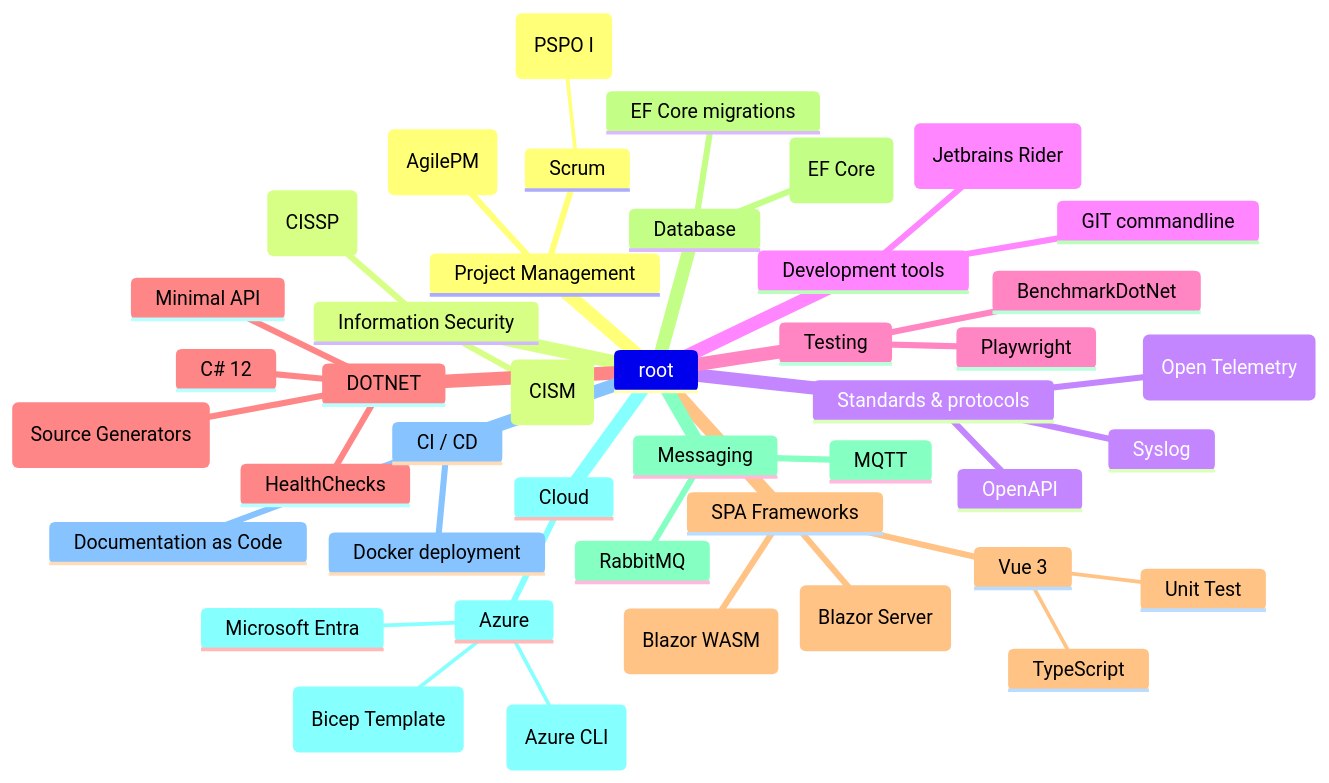
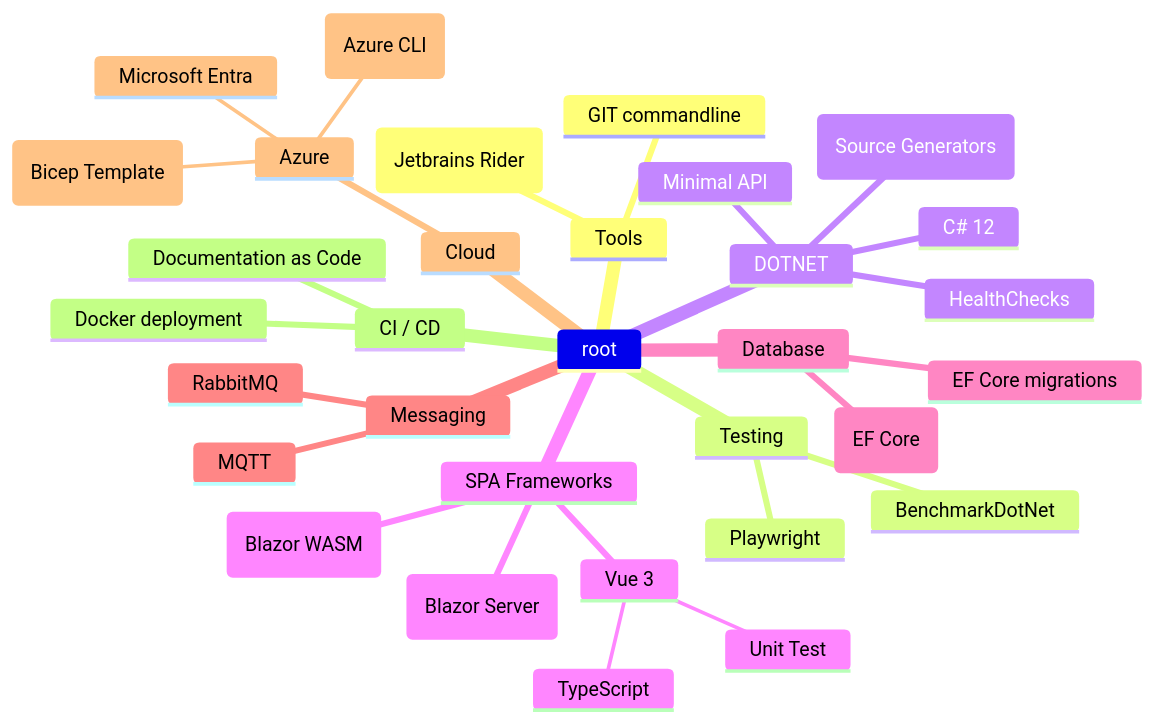
Before and after one commit to renevdhoek/renevdhoek: the second of 3 diagrams in README.md, drawn with Mermaid.

````diff
--- a/README.md
+++ b/README.md
@@ -13,46 +14,35 @@
 ```mermaid
 mindmap
-  root
-    Project Management
-        Scrum
-                (PSPO I)
-        (AgilePM)
-    Information Security
-        (CISM)
-        (CISSP)
-    Standards & protocols
-        Syslog
-        OpenAPI
-        (Open Telemetry)
-    Development tools      
+  root    
+    Tools      
         GIT commandline
         (Jetbrains Rider)
     Testing
       Playwright
       BenchmarkDotNet
     DOTNET
       C# 12
       HealthChecks
       (Source Generators)      
       Minimal API    
     SPA Frameworks
       Vue 3
         Unit Test
         TypeScript
       (Blazor Server)
       (Blazor WASM)
     Database
       EF Core migrations
       (EF Core)
     Messaging
       MQTT
       RabbitMQ
     Cloud
       Azure
         Microsoft Entra
         (Bicep Template)
         (Azure CLI)
     CI / CD
       Docker deployment
       Documentation as Code
 ```
````
